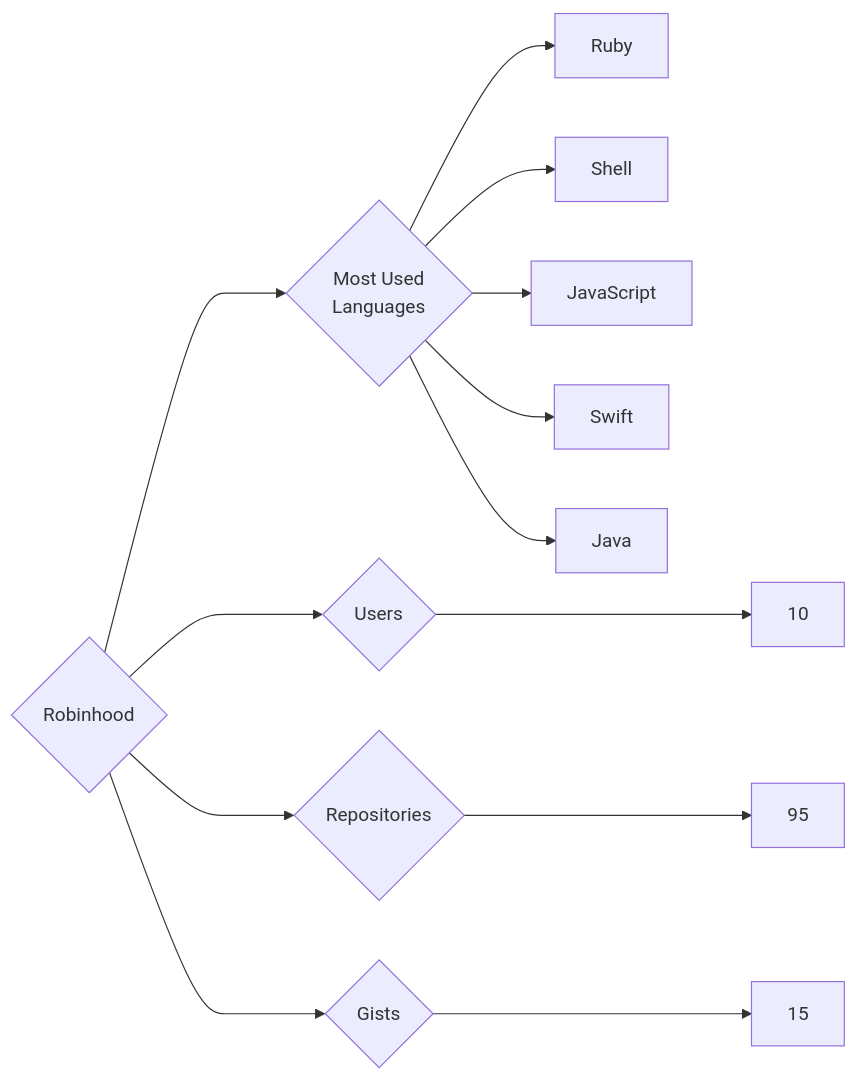
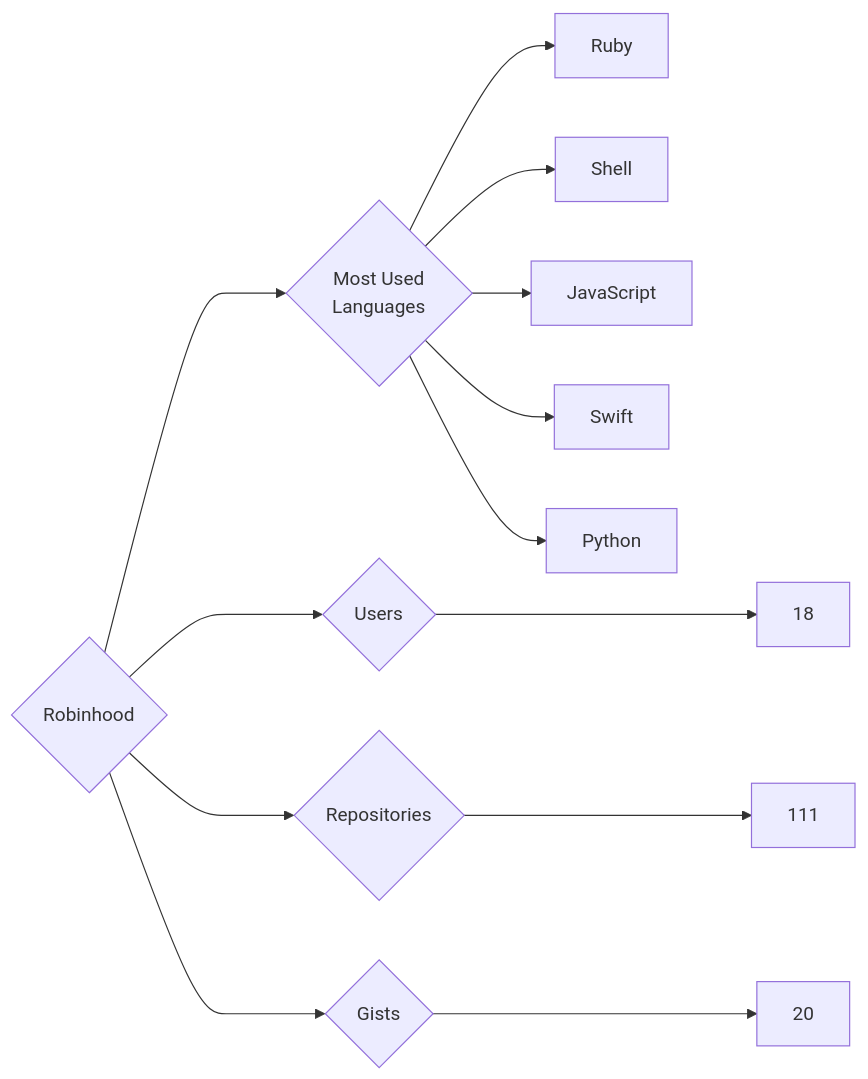
One commit to trickest/insiders changed the diagram in targets/Robinhood/README.md. Above: the diagram before and after it, drawn with Mermaid. The commit also changed 1508 other files, not shown here.

````diff
--- a/targets/Robinhood/README.md
+++ b/targets/Robinhood/README.md
@@ -3,13 +3,13 @@
 ```mermaid
 graph LR
 COMPANY_NAME{Robinhood}
-COMPANY_NAME ---> U{Users} ---> UN[10]
-COMPANY_NAME ---> R{Repositories} ---> RN[95]
-COMPANY_NAME ---> G{Gists} ---> GN[15]
+COMPANY_NAME ---> U{Users} ---> UN[18]
+COMPANY_NAME ---> R{Repositories} ---> RN[111]
+COMPANY_NAME ---> G{Gists} ---> GN[20]
 COMPANY_NAME ---> ML{Most Used<br>Languages}
 ML --> Ruby[Ruby]
 ML --> Shell[Shell]
 ML --> JavaScript[JavaScript]
 ML --> Swift[Swift]
-ML --> Java[Java]
+ML --> Python[Python]
 ```
````
